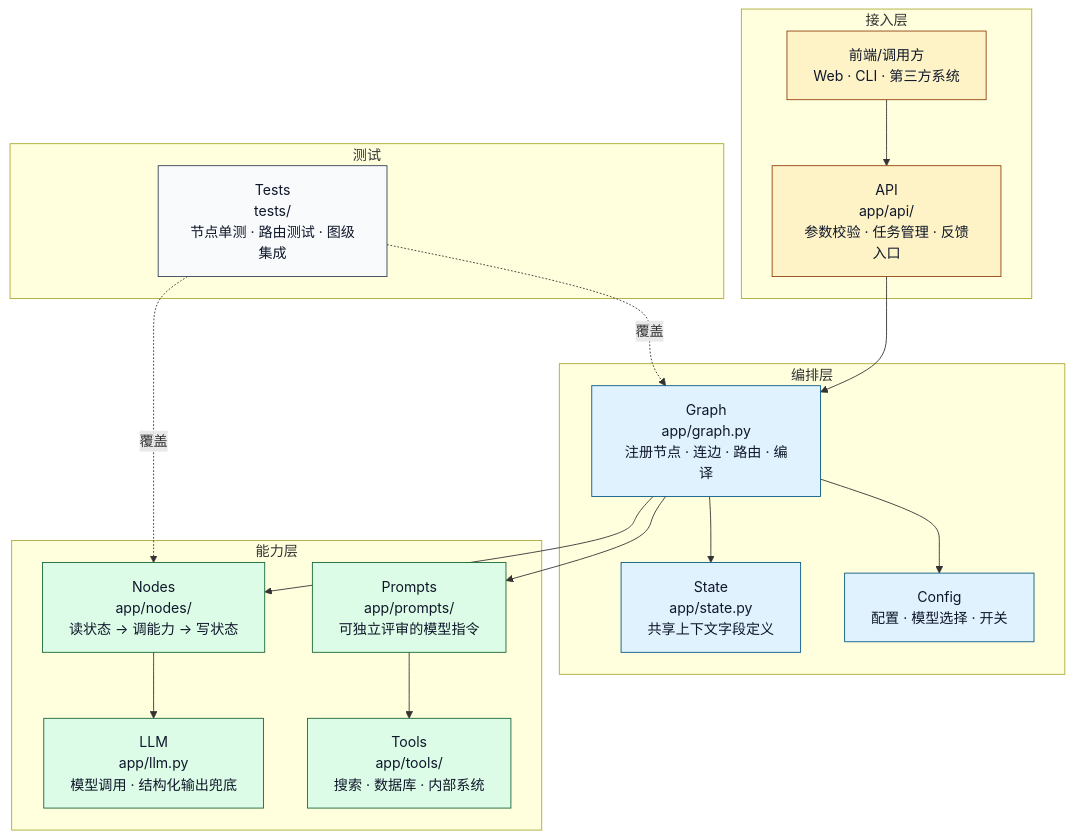
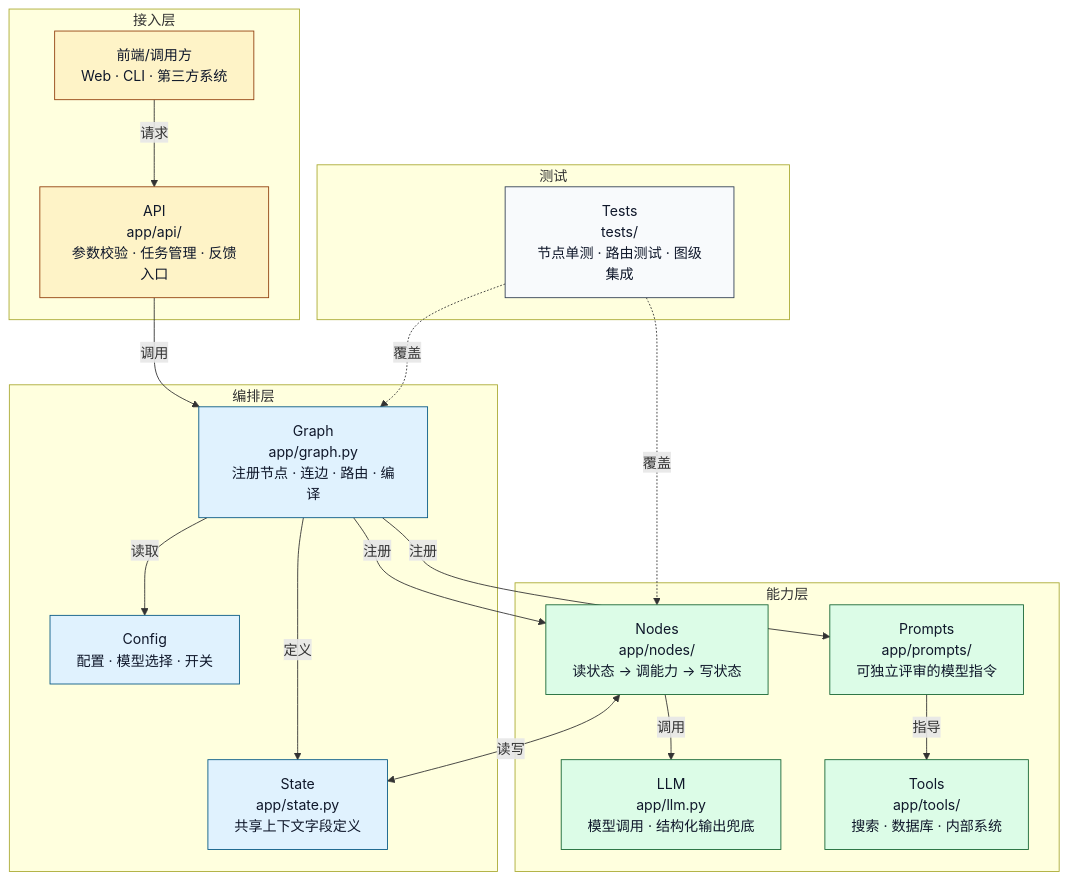
Before and after one commit to sealzrt/2026-08--agent: the fourth of 13 diagrams in ai-agent学习/06.LangGraph入门/16.LangGraph业务落地项目架构.md, drawn with Mermaid. The commit also changed other lines of this file and 95 other files, not shown here.

````diff
--- a/ai-agent学习/06.LangGraph入门/16.LangGraph业务落地项目架构.md
+++ b/ai-agent学习/06.LangGraph入门/16.LangGraph业务落地项目架构.md
@@ -121,39 +133,40 @@
 ```mermaid
 flowchart TD
     subgraph S1["接入层"]
         Front["前端/调用方<br/>Web · CLI · 第三方系统"]
         API["API<br/>app/api/<br/>参数校验 · 任务管理 · 反馈入口"]
     end
     subgraph S2["编排层"]
         Graph["Graph<br/>app/graph.py<br/>注册节点 · 连边 · 路由 · 编译"]
         State["State<br/>app/state.py<br/>共享上下文字段定义"]
         Config["Config<br/>配置 · 模型选择 · 开关"]
     end
     subgraph S3["能力层"]
         Nodes["Nodes<br/>app/nodes/<br/>读状态 → 调能力 → 写状态"]
         Prompts["Prompts<br/>app/prompts/<br/>可独立评审的模型指令"]
         LLM["LLM<br/>app/llm.py<br/>模型调用 · 结构化输出兜底"]
         Tools["Tools<br/>app/tools/<br/>搜索 · 数据库 · 内部系统"]
     end
     subgraph S4["测试"]
         Tests["Tests<br/>tests/<br/>节点单测 · 路由测试 · 图级集成"]
     end
-    Front --> API
-    API --> Graph
-    Graph --> State
-    Graph --> Nodes
-    Graph --> Prompts
-    Graph --> Config
-    Nodes --> LLM
-    Prompts --> Tools
+    Front -->|请求| API
+    API -->|调用| Graph
+    Graph -->|定义| State
+    Graph -->|注册| Nodes
+    Graph -->|注册| Prompts
+    Graph -->|读取| Config
+    Nodes <-->|读写| State
+    Nodes -->|调用| LLM
+    Prompts -->|指导| Tools
     Tests -.->|覆盖| Nodes
     Tests -.->|覆盖| Graph
     classDef biz fill:#fef3c7,stroke:#92400e,color:#0f172a
     classDef core fill:#e0f2fe,stroke:#075985,color:#0f172a
     classDef cap fill:#dcfce7,stroke:#166534,color:#0f172a
     classDef neutral fill:#f8fafc,stroke:#334155,color:#0f172a
     class Front,API biz
     class Graph,State,Config core
     class Nodes,Prompts,LLM,Tools cap
     class Tests neutral
 ```
````
